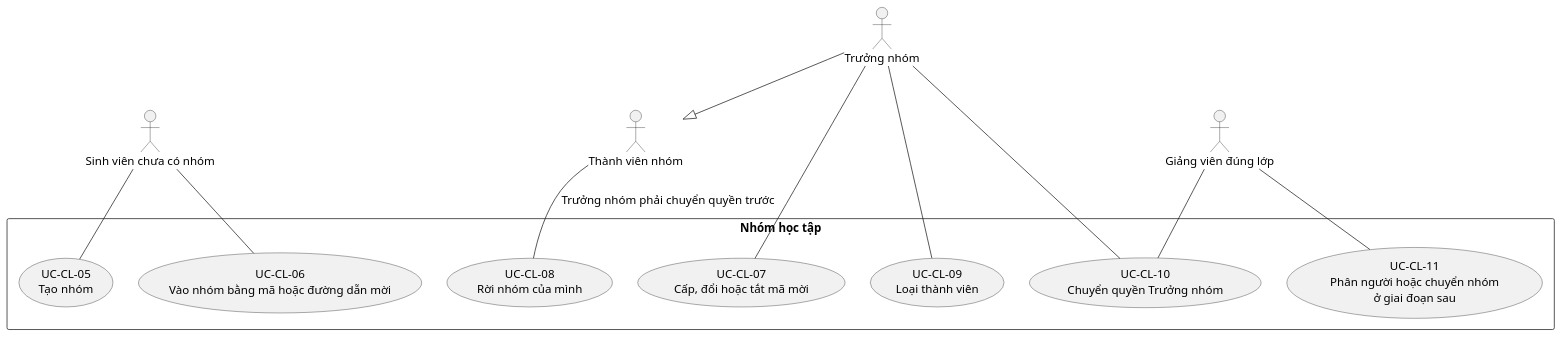
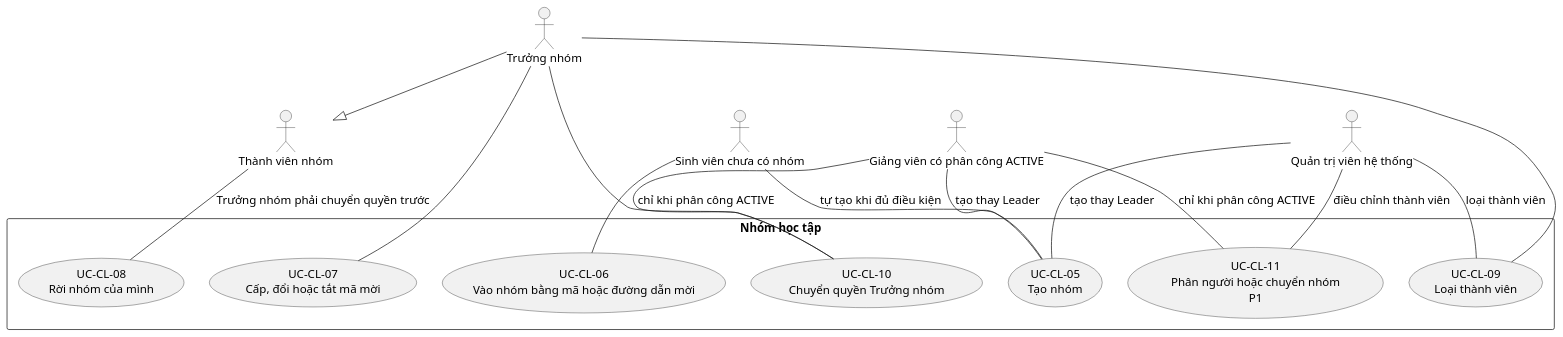
Before and after one commit to TriNguyenThanh/UTask: the third of 4 diagrams in docs/diagram/classroom-service/usecase.md, drawn with PlantUML. The commit also changed other lines of this file and 4 other files, not shown here.

````diff
--- a/docs/diagram/classroom-service/usecase.md
+++ b/docs/diagram/classroom-service/usecase.md
@@ -124,31 +128,36 @@
 ```plantuml
 @startuml
 top to bottom direction
 skinparam monochrome true
 skinparam shadowing false
 skinparam defaultFontName Arial, sans-serif
 skinparam defaultFontSize 16
 actor "Sinh viên chưa có nhóm" as SV
 actor "Thành viên nhóm" as TV
 actor "Trưởng nhóm" as TN
-actor "Giảng viên đúng lớp" as GV
+actor "Giảng viên có phân công ACTIVE" as GV
+actor "Quản trị viên hệ thống" as QT
 TN --|> TV
 rectangle "Nhóm học tập" {
   usecase "UC-CL-05\nTạo nhóm" as UC05
   usecase "UC-CL-06\nVào nhóm bằng mã hoặc đường dẫn mời" as UC06
   usecase "UC-CL-07\nCấp, đổi hoặc tắt mã mời" as UC07
   usecase "UC-CL-08\nRời nhóm của mình" as UC08
   usecase "UC-CL-09\nLoại thành viên" as UC09
   usecase "UC-CL-10\nChuyển quyền Trưởng nhóm" as UC10
-  usecase "UC-CL-11\nPhân người hoặc chuyển nhóm\nở giai đoạn sau" as UC11
+  usecase "UC-CL-11\nPhân người hoặc chuyển nhóm\nP1" as UC11
 }
-SV -- UC05
+SV -- UC05 : tự tạo khi đủ điều kiện
+GV -- UC05 : tạo thay Leader
+QT -- UC05 : tạo thay Leader
 SV -- UC06
 TN -- UC07
 TV -- UC08 : Trưởng nhóm phải chuyển quyền trước
 TN -- UC09
 TN -- UC10
-GV -- UC10
-GV -- UC11
+GV -- UC10 : chỉ khi phân công ACTIVE
+GV -- UC11 : chỉ khi phân công ACTIVE
+QT -- UC09 : loại thành viên
+QT -- UC11 : điều chỉnh thành viên
 @enduml
 ```
````
